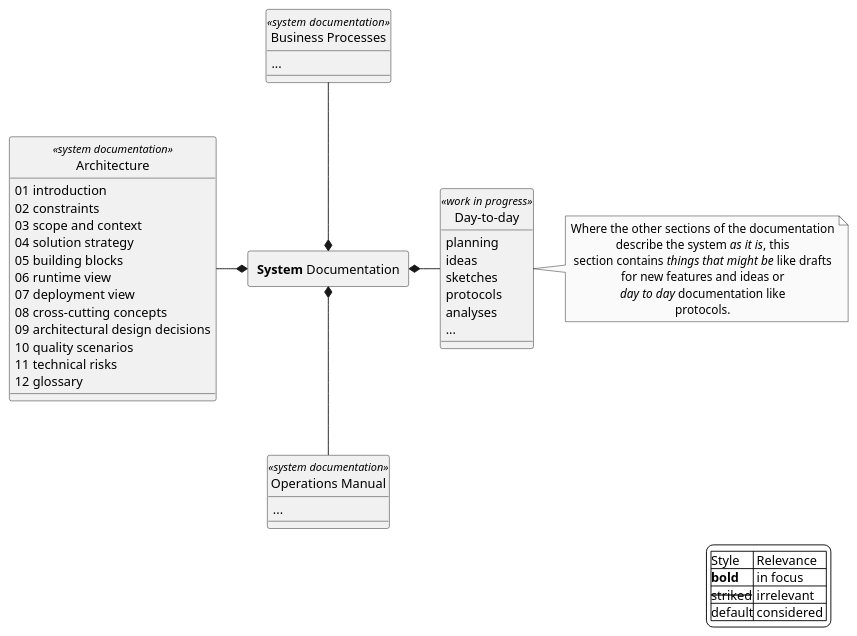
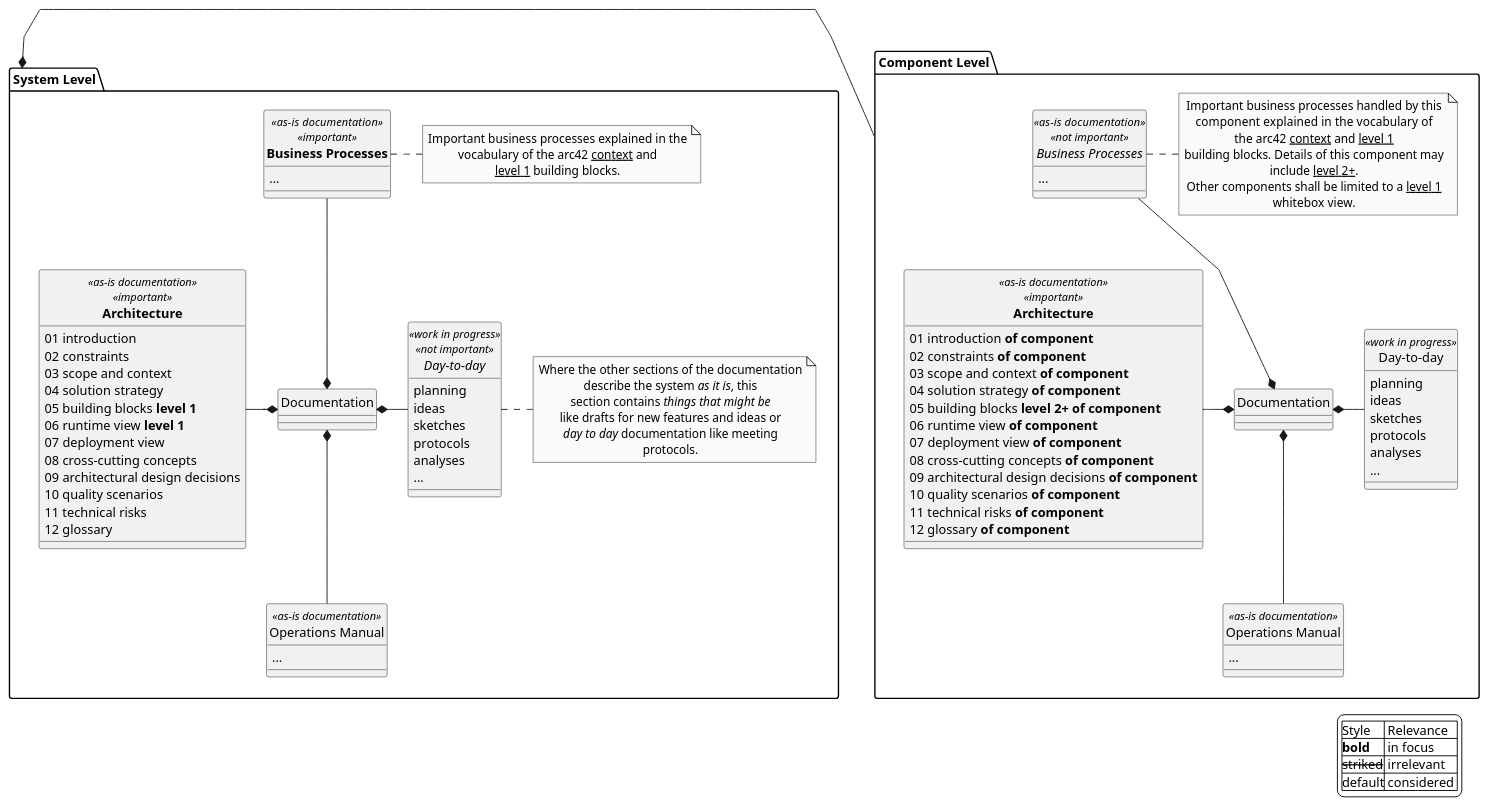
The first of 2 diagrams in docs/modules/ROOT/pages/doc-layout.adoc (better-docs/system-doc-tpl), drawn with PlantUML before and after one commit. The commit also changed other lines of this file, not shown here.

Commit message:
Split "system" and "as-is" wording

```diff
--- a/docs/modules/ROOT/pages/doc-layout.adoc
+++ b/docs/modules/ROOT/pages/doc-layout.adoc
@@ -42,50 +154,131 @@
 [plantuml, system-documentation, svg]
 ----
+@startuml
 skinparam monochrome true
 skinparam defaulttextalignment center
 skinparam legendbackgroundcolor none
-hide circle
-package "<b>System</b> Documentation" as doc <<Rectangle>> {
+skinparam linetype polyline
+
+skinparam class {
+  FontStyle<<important>> Bold
+  FontStyle<<not important>> Italic
 }
 
-class "Architecture" as arc42 << system documentation >> {
-  01 introduction
-  02 constraints
-  03 scope and context
-  04 solution strategy
-  05 building blocks
-  06 runtime view
-  07 deployment view
-  08 cross-cutting concepts
-  09 architectural design decisions
-  10 quality scenarios
-  11 technical risks
-  12 glossary
+hide circle
+
+package "<b>System Level</b>" as sys {
+
+    class "Documentation" as doc  {}
+
+    class "Architecture" as arc42 << as-is documentation >> << important >> {
+    01 introduction
+    02 constraints
+    03 scope and context
+    04 solution strategy
+    05 building blocks <b>level 1
+    06 runtime view <b>level 1
+    07 deployment view
+    08 cross-cutting concepts
+    09 architectural design decisions
+    10 quality scenarios
+    11 technical risks
+    12 glossary
+    }
+
+    class "Operations Manual" as om << as-is documentation >> {
+    ...
+    }
+
+    class "Business Processes" as bp << as-is  documentation >> << important >> {
+    ...
+    }
+
+    class "Day-to-day" as dtd << work in progress >> << not important >> {
+    planning
+    ideas
+    sketches
+    protocols
+    analyses
+    ...
+    }
+
+    doc *-left- arc42
+    doc *-right- dtd
+    doc *-down- om
+    doc *-up- bp
+
+    note right of dtd
+    Where the other sections of the documentation
+    describe the system <i>as it is</i>, this
+    section contains <i>things that might be</i>
+    like drafts for new features and ideas or
+    <i>day to day</i> documentation like meeting
+    protocols.
+    end note
+
+    note right of bp
+    Important business processes explained in the
+    vocabulary of the arc42 <u>context</u> and
+    <u>level 1</u> building blocks.
+    end note
 }
 
-class "Operations Manual" as om << system documentation >> {
-...
+
+package "<b>Component Level</b>" as comp {
+
+    class "Documentation" as cdoc  {}
+
+    class "Architecture" as carc42 << as-is documentation >> << important >> {
+    01 introduction <b>of component
+    02 constraints <b>of component
+    03 scope and context <b>of component
+    04 solution strategy <b>of component
+    05 building blocks <b>level 2+ of component
+    06 runtime view <b>of component
+    07 deployment view <b>of component
+    08 cross-cutting concepts <b>of component
+    09 architectural design decisions <b>of component
+    10 quality scenarios <b>of component
+    11 technical risks <b>of component
+    12 glossary <b>of component
+    }
+
+    class "Operations Manual" as com << as-is documentation >> {
+    ...
+    }
+
+    class "Business Processes" as cbp << as-is  documentation >> << not important >> {
+    ...
+    }
+
+    class "Day-to-day" as cdtd << work in progress >> {
+    planning
+    ideas
+    sketches
+    protocols
+    analyses
+    ...
+    }
+
+    note right of cbp
+    Important business processes handled by this
+    component explained  in the vocabulary of
+    the arc42 <u>context</u> and <u>level 1</u>
+    building blocks. Details of this component may
+    include <u>level 2+</u>.
+    Other components shall be limited to a <u>level 1</u>
+    whitebox view.
+    end note
+
+    cdoc *-left- carc42
+    cdoc *-right- cdtd
+    cdoc *-down- com
+    cdoc *-up- cbp
+
+
 }
 
-class "Business Processes" as bp << system  documentation >> {
-...
-}
-
-class "Day-to-day" as dtd << work in progress >> {
-  planning
-  ideas
-  sketches
-  protocols
-  analyses
-  ...
-}
-
-doc *-left- arc42
-doc *-right- dtd
-doc *-down- om
-doc *-up- bp
-
-note right of dtd: Where the other sections of the documentation\ndescribe the system <i>as it is</i>, this\nsection contains <i>things that might be</i> like drafts\nfor new features and ideas or\n<i>day to day</i> documentation like\nprotocols.
+    sys *-right- comp
 
 legend right
 |Style| Relevance |
@@ -93,4 +286,5 @@
 |<strike>striked| irrelevant |
 |default| considered |
 endlegend
+@enduml
 ----
```
